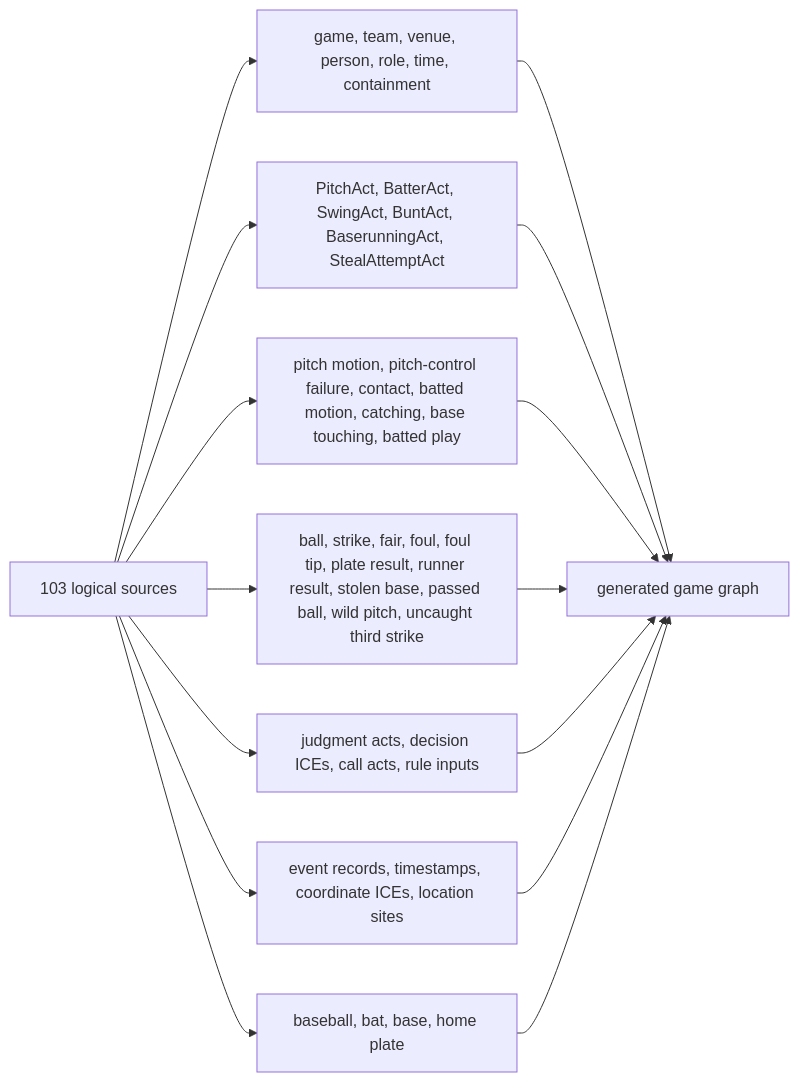
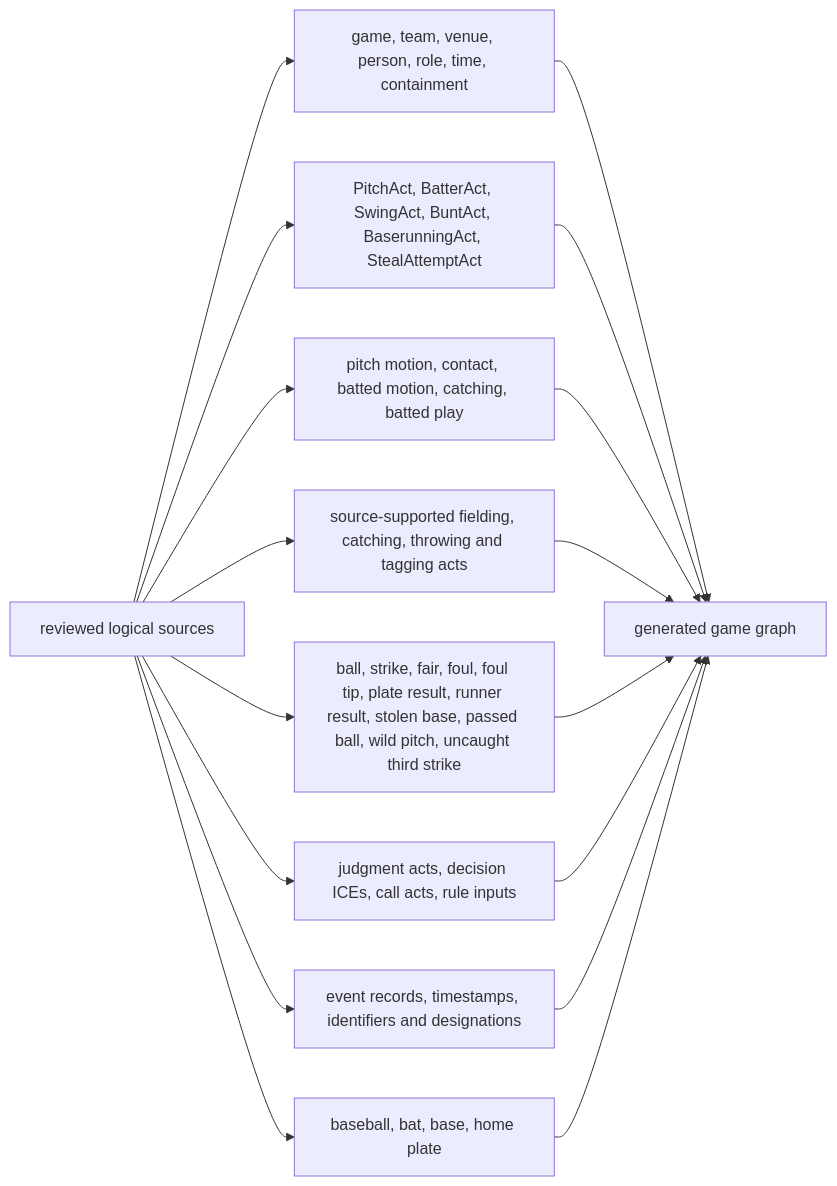
The diagram in Baseball/mermaid/03-triples-map-families.md (CarterBeauBenson/BaseballO), drawn with Mermaid before and after one commit. The commit also changed other lines of this file and 32 other files, not shown here.

````diff
--- a/Baseball/mermaid/03-triples-map-families.md
+++ b/Baseball/mermaid/03-triples-map-families.md
@@ -3,17 +3,19 @@
 ```mermaid
 flowchart LR
-    SOURCE["103 logical sources"] --> CONTEXT["game, team, venue, person, role, time, containment"]
+    SOURCE["reviewed logical sources"] --> CONTEXT["game, team, venue, person, role, time, containment"]
     SOURCE --> ACT["PitchAct, BatterAct, SwingAct, BuntAct, BaserunningAct, StealAttemptAct"]
-    SOURCE --> PHYSICAL["pitch motion, pitch-control failure, contact, batted motion, catching, base touching, batted play"]
+    SOURCE --> PHYSICAL["pitch motion, contact, batted motion, catching, batted play"]
+    SOURCE --> DEFENSE["source-supported fielding, catching, throwing and tagging acts"]
     SOURCE --> INSTITUTIONAL["ball, strike, fair, foul, foul tip, plate result, runner result, stolen base, passed ball, wild pitch, uncaught third strike"]
     SOURCE --> ADJ["judgment acts, decision ICEs, call acts, rule inputs"]
-    SOURCE --> INFO["event records, timestamps, coordinate ICEs, location sites"]
+    SOURCE --> INFO["event records, timestamps, identifiers and designations"]
     SOURCE --> ARTIFACT["baseball, bat, base, home plate"]
     CONTEXT --> RDF["generated game graph"]
     ACT --> RDF
     PHYSICAL --> RDF
+    DEFENSE --> RDF
     INSTITUTIONAL --> RDF
     ADJ --> RDF
     INFO --> RDF
     ARTIFACT --> RDF
 ```
````
